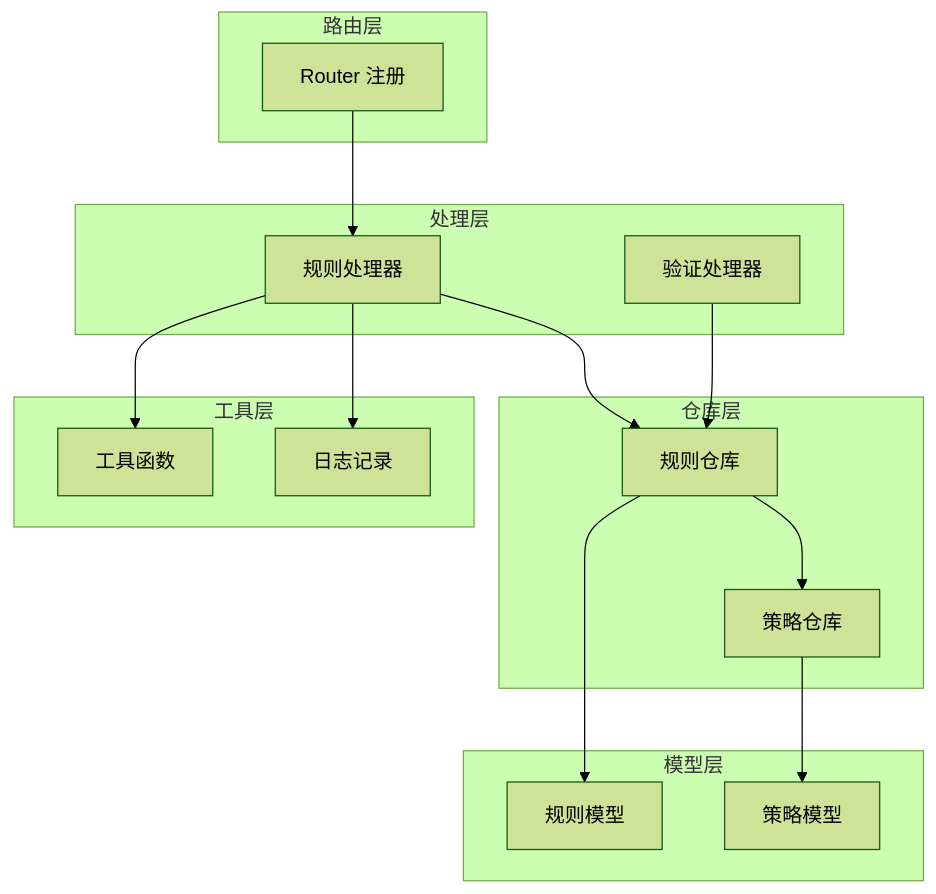
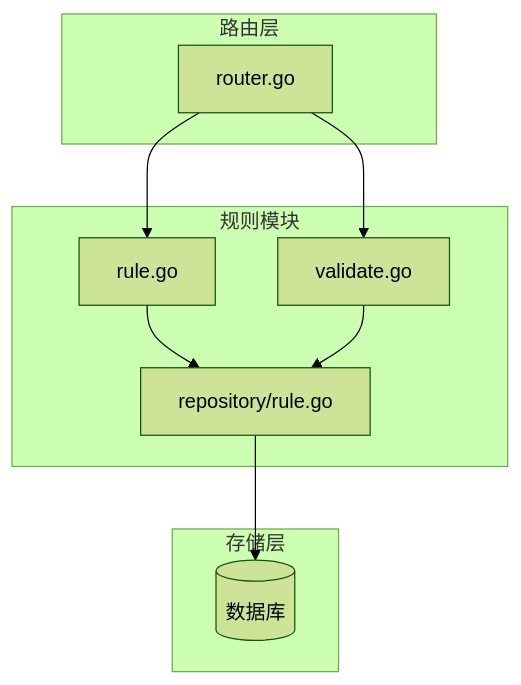
The ninth of 10 diagrams in docs/管理 API 系统/规则管理 API/规则 CRUD 操作.md (x01n/My-OpenWaf), drawn with Mermaid (forest theme) before and after one commit. The commit also changed other lines of this file and 199 other files, not shown here.

````diff
--- a/docs/管理 API 系统/规则管理 API/规则 CRUD 操作.md
+++ b/docs/管理 API 系统/规则管理 API/规则 CRUD 操作.md
@@ -624,30 +571,19 @@
 ```mermaid
 graph TB
 subgraph "路由层"
-Router[Router 注册]
+Router[router.go]
 end
-subgraph "处理层"
-Handler[规则处理器]
-ValidateHandler[验证处理器]
+subgraph "规则模块"
+RuleHandler[rule.go]
+ValidateHandler[validate.go]
+RuleRepo[repository/rule.go]
 end
-subgraph "仓库层"
-RuleRepo[规则仓库]
-PolicyRepo[策略仓库]
+subgraph "存储层"
+DB[(数据库)]
 end
-subgraph "模型层"
-RuleModel[规则模型]
-PolicyModel[策略模型]
-end
-subgraph "工具层"
-Utils[工具函数]
-Logger[日志记录]
-end
-Router --> Handler
-Handler --> RuleRepo
-Handler --> Utils
+Router --> RuleHandler
+Router --> ValidateHandler
+RuleHandler --> RuleRepo
 ValidateHandler --> RuleRepo
-RuleRepo --> RuleModel
-RuleRepo --> PolicyRepo
-PolicyRepo --> PolicyModel
-Handler --> Logger
+RuleRepo --> DB
 ```
````
